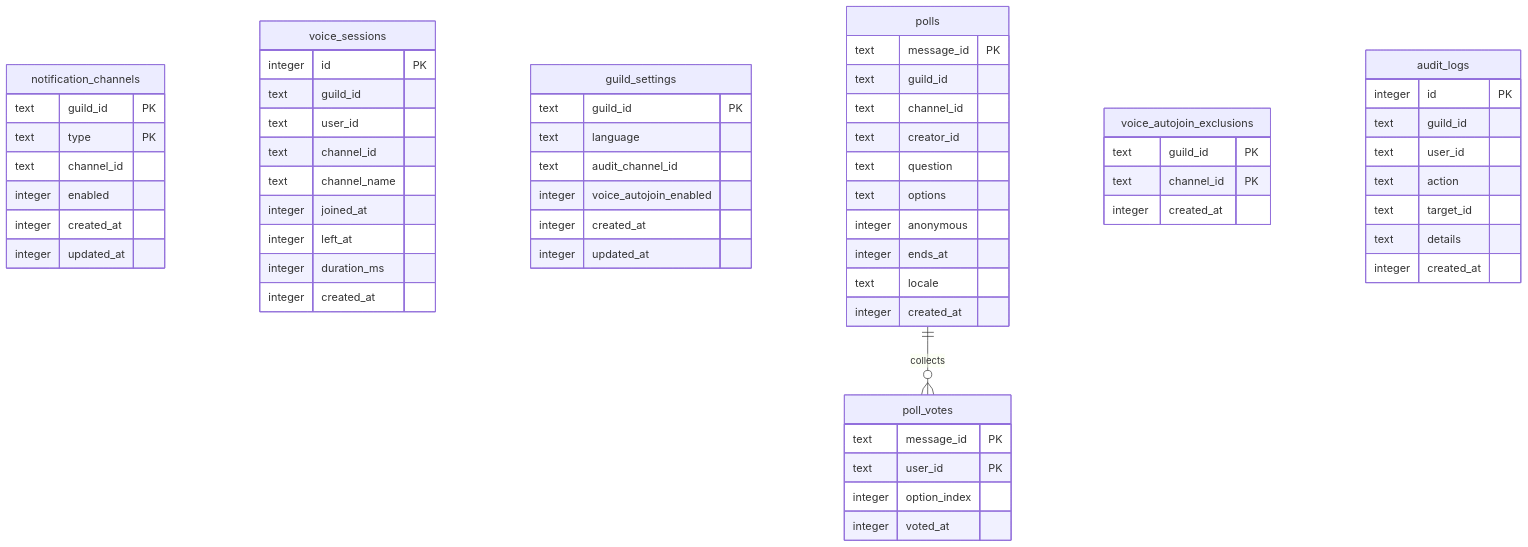
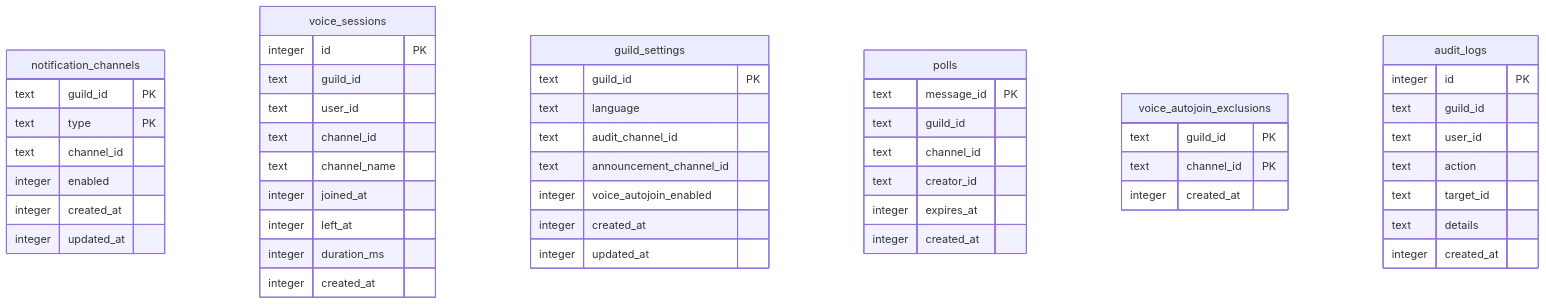
One commit to iam74k4/DiscordBot changed the diagram in docs/database.md. Above: the diagram before and after it, drawn with Mermaid. The commit also changed other lines of this file and 84 other files, not shown here.

````diff
--- a/docs/database.md
+++ b/docs/database.md
@@ -244,70 +267,58 @@
 ```mermaid
 erDiagram
     notification_channels {
         text guild_id PK
         text type PK
         text channel_id
         integer enabled
         integer created_at
         integer updated_at
     }
 
     voice_sessions {
         integer id PK
         text guild_id
         text user_id
         text channel_id
         text channel_name
         integer joined_at
         integer left_at
         integer duration_ms
         integer created_at
     }
 
     guild_settings {
         text guild_id PK
         text language
         text audit_channel_id
+        text announcement_channel_id
         integer voice_autojoin_enabled
         integer created_at
         integer updated_at
     }
 
     polls {
         text message_id PK
         text guild_id
         text channel_id
         text creator_id
-        text question
-        text options
-        integer anonymous
-        integer ends_at
-        text locale
+        integer expires_at
         integer created_at
-    }
-
-    poll_votes {
-        text message_id PK
-        text user_id PK
-        integer option_index
-        integer voted_at
     }
 
     voice_autojoin_exclusions {
         text guild_id PK
         text channel_id PK
         integer created_at
     }
-
-    polls ||--o{ poll_votes : "collects"
 
     audit_logs {
         integer id PK
         text guild_id
         text user_id
         text action
         text target_id
         text details
         integer created_at
     }
 ```
````
